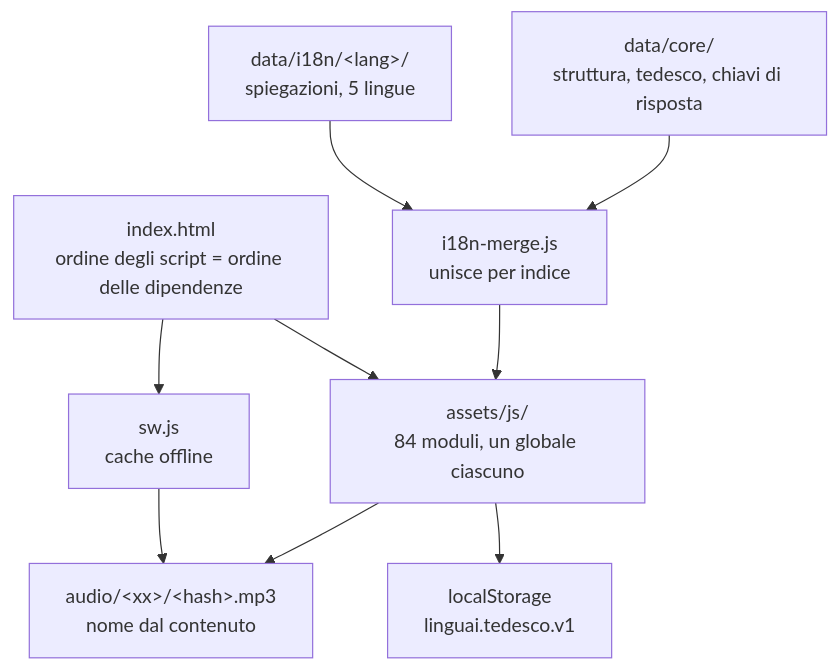
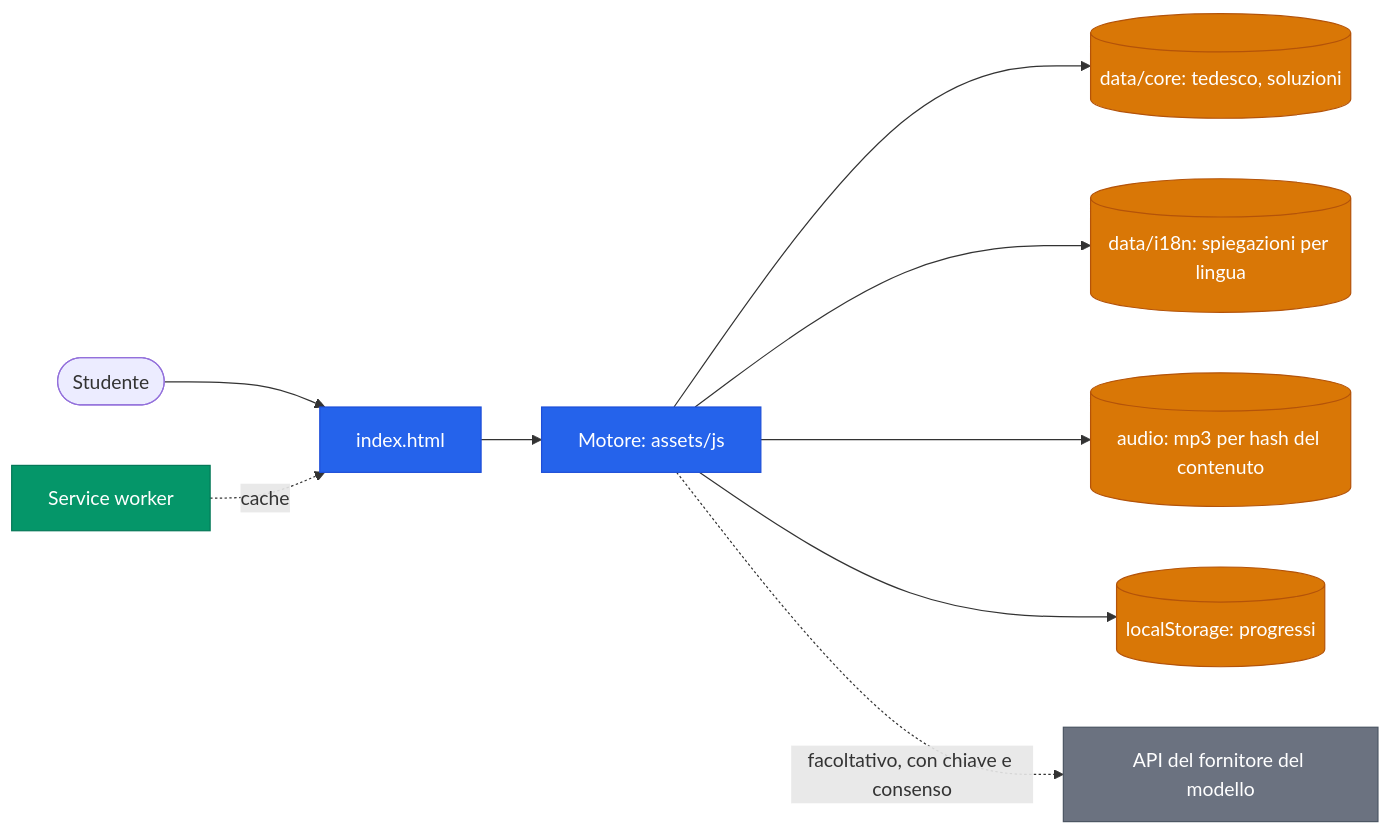
The diagram in README.it.md (AndreaBonn/lerne-deutsch), drawn with Mermaid before and after one commit. The commit also changed other lines of this file and 27 other files, not shown here.

````diff
--- a/README.it.md
+++ b/README.it.md
@@ -83,20 +74,21 @@
 ```mermaid
-flowchart TD
-  html["index.html<br/>ordine degli script = ordine delle dipendenze"]
-  core["data/core/<br/>struttura, tedesco, chiavi di risposta"]
-  i18n["data/i18n/&lt;lang&gt;/<br/>spiegazioni, 5 lingue"]
-  merge["i18n-merge.js<br/>unisce per indice"]
-  engine["assets/js/<br/>84 moduli, un globale ciascuno"]
-  store["localStorage<br/>linguai.tedesco.v1"]
-  audio["audio/&lt;xx&gt;/&lt;hash&gt;.mp3<br/>nome dal contenuto"]
-  sw["sw.js<br/>cache offline"]
+%%{init: {'theme': 'default'}}%%
+flowchart LR
+    learner([Studente]) --> page["index.html"]
+    page --> engine["Motore: assets/js"]
+    engine --> core_data[("data/core: tedesco, soluzioni")]
+    engine --> overlay[("data/i18n: spiegazioni per lingua")]
+    engine --> audio[("audio: mp3 per hash del contenuto")]
+    engine --> storage[("localStorage: progressi")]
+    sw["Service worker"] -.->|cache| page
+    engine -.->|facoltativo, con chiave e consenso| llm["API del fornitore del modello"]
 
-  html --> engine
-  core --> merge
-  i18n --> merge
-  merge --> engine
-  engine --> store
-  engine --> audio
-  html --> sw
-  sw --> audio
+    classDef core fill:#2563eb,stroke:#1d4ed8,color:#fff
+    classDef data fill:#d97706,stroke:#b45309,color:#fff
+    classDef ext fill:#6b7280,stroke:#4b5563,color:#fff
+    classDef engine fill:#059669,stroke:#047857,color:#fff
+    class page,engine core
+    class core_data,overlay,audio,storage data
+    class llm ext
+    class sw engine
 ```
````
